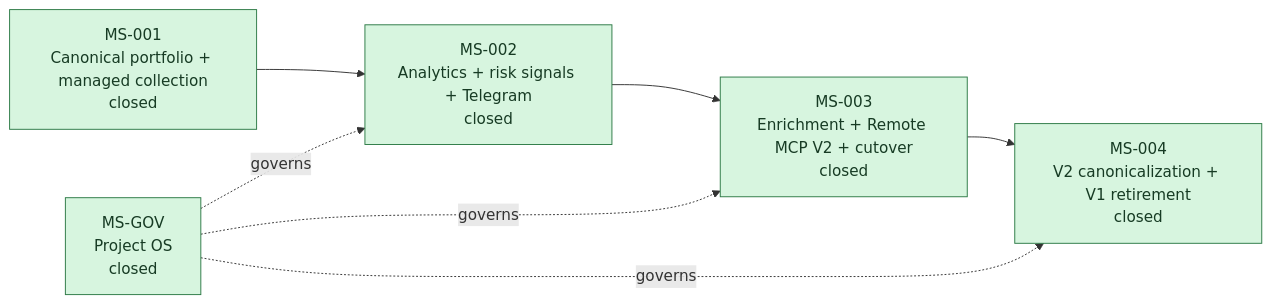
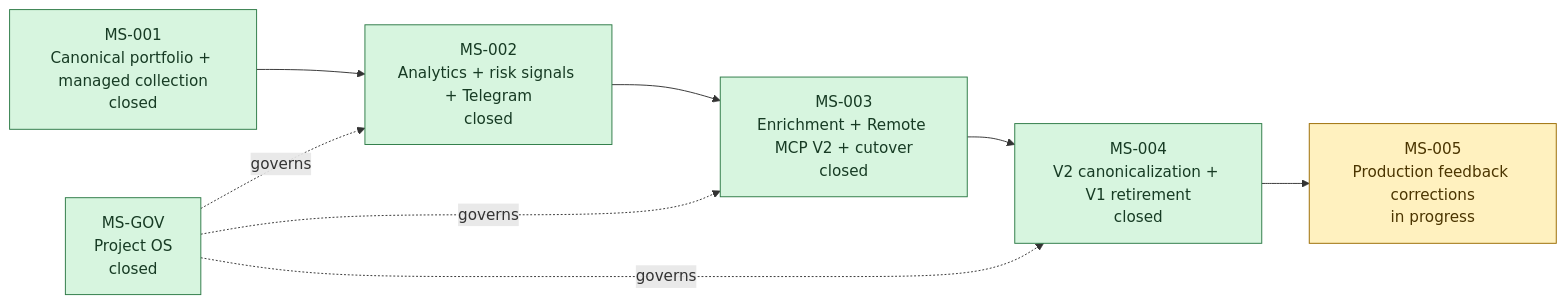
Before and after one commit to meringue5/KIS_Portfolio_MCP: the first of 3 diagrams in docs/milestones/README.md, drawn with Mermaid. The commit also changed other lines of this file and 11 other files, not shown here.

````diff
--- a/docs/milestones/README.md
+++ b/docs/milestones/README.md
@@ -22,19 +22,21 @@
 ```mermaid
 flowchart LR
     MSGOV["MS-GOV<br/>Project OS<br/>closed"]
     MS1["MS-001<br/>Canonical portfolio + managed collection<br/>closed"]
     MS2["MS-002<br/>Analytics + risk signals + Telegram<br/>closed"]
     MS3["MS-003<br/>Enrichment + Remote MCP V2 + cutover<br/>closed"]
     MS4["MS-004<br/>V2 canonicalization + V1 retirement<br/>closed"]
+    MS5["MS-005<br/>Production feedback corrections<br/>in progress"]
 
-    MS1 --> MS2 --> MS3 --> MS4
+    MS1 --> MS2 --> MS3 --> MS4 --> MS5
     MSGOV -. governs .-> MS2
     MSGOV -. governs .-> MS3
     MSGOV -. governs .-> MS4
 
     classDef closed fill:#d7f5df,stroke:#2d7a46,color:#173b24;
     classDef verified fill:#e5f4ff,stroke:#0870a8,color:#123b72;
     classDef active fill:#fff1bf,stroke:#9a6b00,color:#4b3500;
     classDef proposed fill:#eef1f5,stroke:#667085,color:#344054;
     class MS1,MS2,MS3,MS4,MSGOV closed;
+    class MS5 active;
 ```
````
